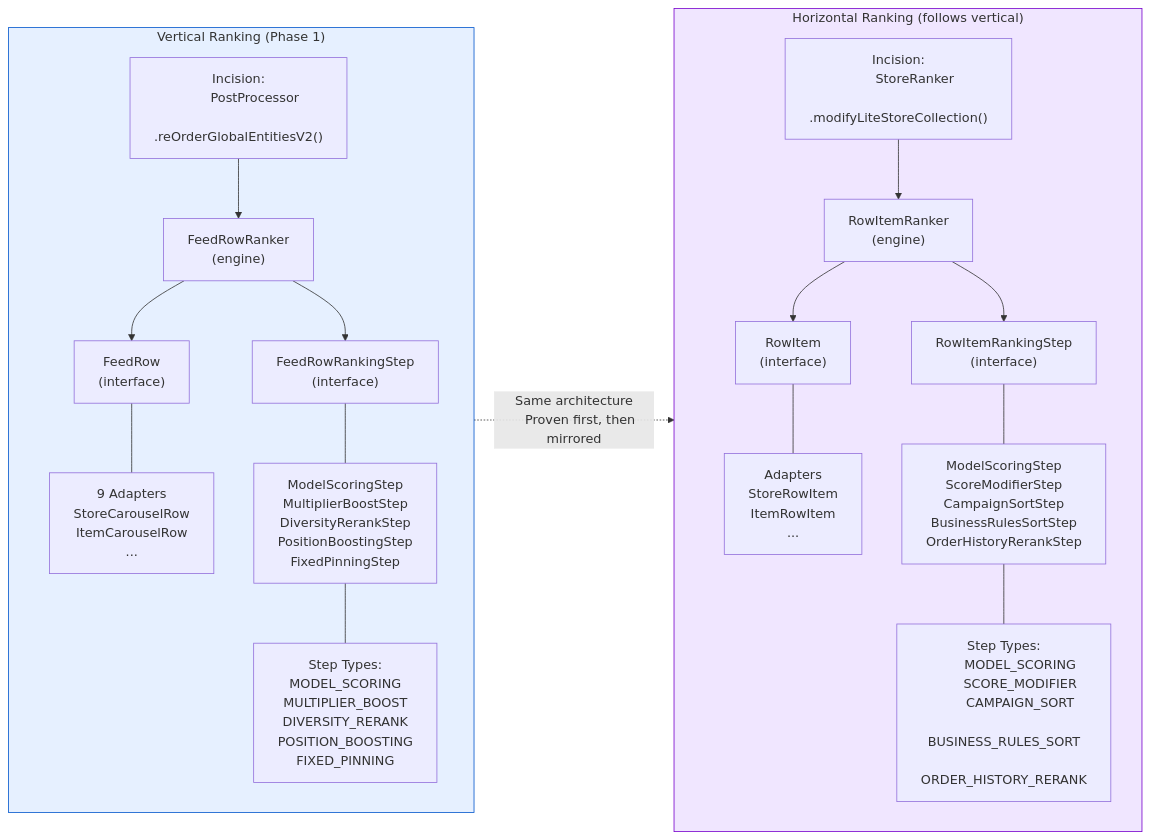
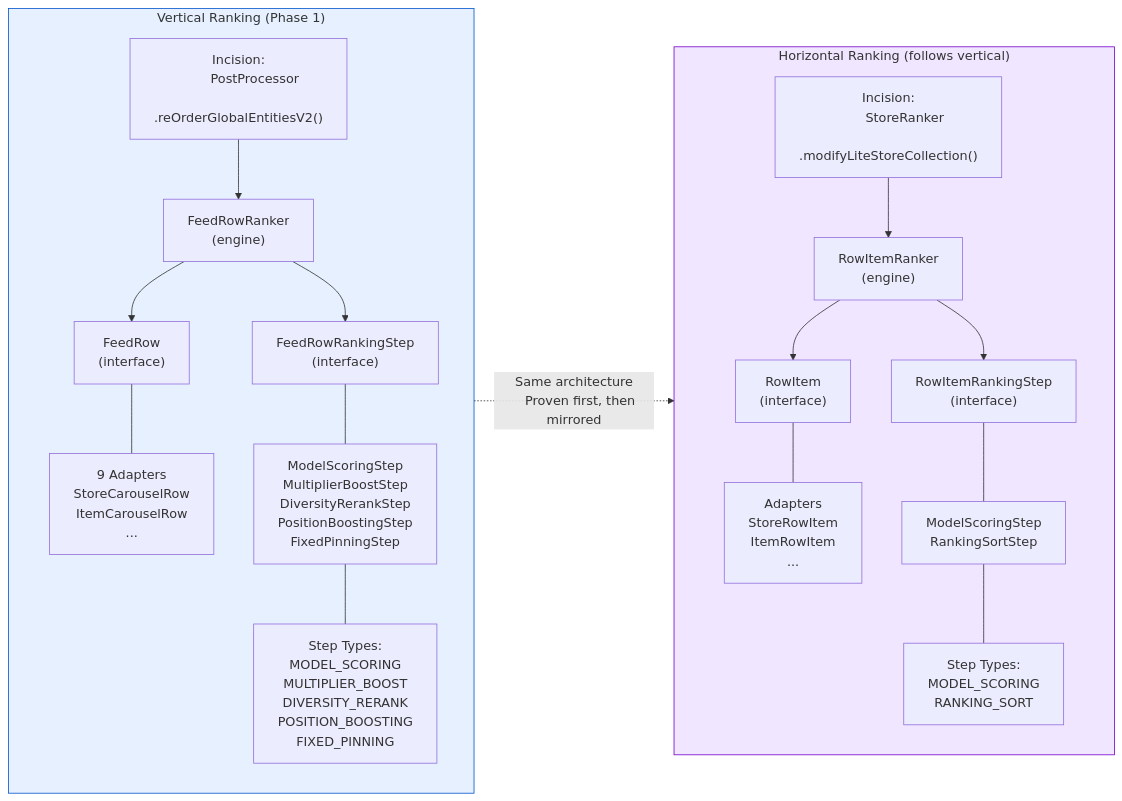
One commit to daniel-fonyo/dd-brain changed the fifth of 7 diagrams in unified-blending-platform/context/one-pager-diagrams.md. Above: the diagram before and after it, drawn with Mermaid. The commit also changed other lines of this file and 1 other file, not shown here.

First line of the commit message:
Revise horizontal step decomposition to match actual code structure

````diff
--- a/unified-blending-platform/context/one-pager-diagrams.md
+++ b/unified-blending-platform/context/one-pager-diagrams.md
@@ -398,78 +398,72 @@
 ```mermaid
 flowchart LR
     subgraph vertical["Vertical Ranking (Phase 1)"]
         direction TB
         V_IF["FeedRow
         (interface)"]
         V_ADAPT["9 Adapters
         StoreCarouselRow
         ItemCarouselRow
         ..."]
         V_STEP["FeedRowRankingStep
         (interface)"]
         V_IMPL["ModelScoringStep
         MultiplierBoostStep
         DiversityRerankStep
         PositionBoostingStep
         FixedPinningStep"]
         V_TYPES["Step Types:
         MODEL_SCORING
         MULTIPLIER_BOOST
         DIVERSITY_RERANK
         POSITION_BOOSTING
         FIXED_PINNING"]
         V_ENG["FeedRowRanker
         (engine)"]
         V_ENTRY["Incision:
         PostProcessor
         .reOrderGlobalEntitiesV2()"]
 
         V_ENTRY --> V_ENG
         V_ENG --> V_IF
         V_ENG --> V_STEP
         V_IF --- V_ADAPT
         V_STEP --- V_IMPL
         V_IMPL --- V_TYPES
     end
 
     subgraph horizontal["Horizontal Ranking (follows vertical)"]
         direction TB
         H_IF["RowItem
         (interface)"]
         H_ADAPT["Adapters
         StoreRowItem
         ItemRowItem
         ..."]
         H_STEP["RowItemRankingStep
         (interface)"]
         H_IMPL["ModelScoringStep
-        ScoreModifierStep
-        CampaignSortStep
-        BusinessRulesSortStep
-        OrderHistoryRerankStep"]
+        RankingSortStep"]
         H_TYPES["Step Types:
         MODEL_SCORING
-        SCORE_MODIFIER
-        CAMPAIGN_SORT
-        BUSINESS_RULES_SORT
-        ORDER_HISTORY_RERANK"]
+        RANKING_SORT"]
         H_ENG["RowItemRanker
         (engine)"]
         H_ENTRY["Incision:
         StoreRanker
         .modifyLiteStoreCollection()"]
 
         H_ENTRY --> H_ENG
         H_ENG --> H_IF
         H_ENG --> H_STEP
         H_IF --- H_ADAPT
         H_STEP --- H_IMPL
         H_IMPL --- H_TYPES
     end
 
     vertical -.->|"Same architecture
     Proven first, then mirrored"| horizontal
 
     style vertical fill:#e6f0ff,stroke:#0055cc
     style horizontal fill:#f0e6ff,stroke:#7700cc
 ```
````
